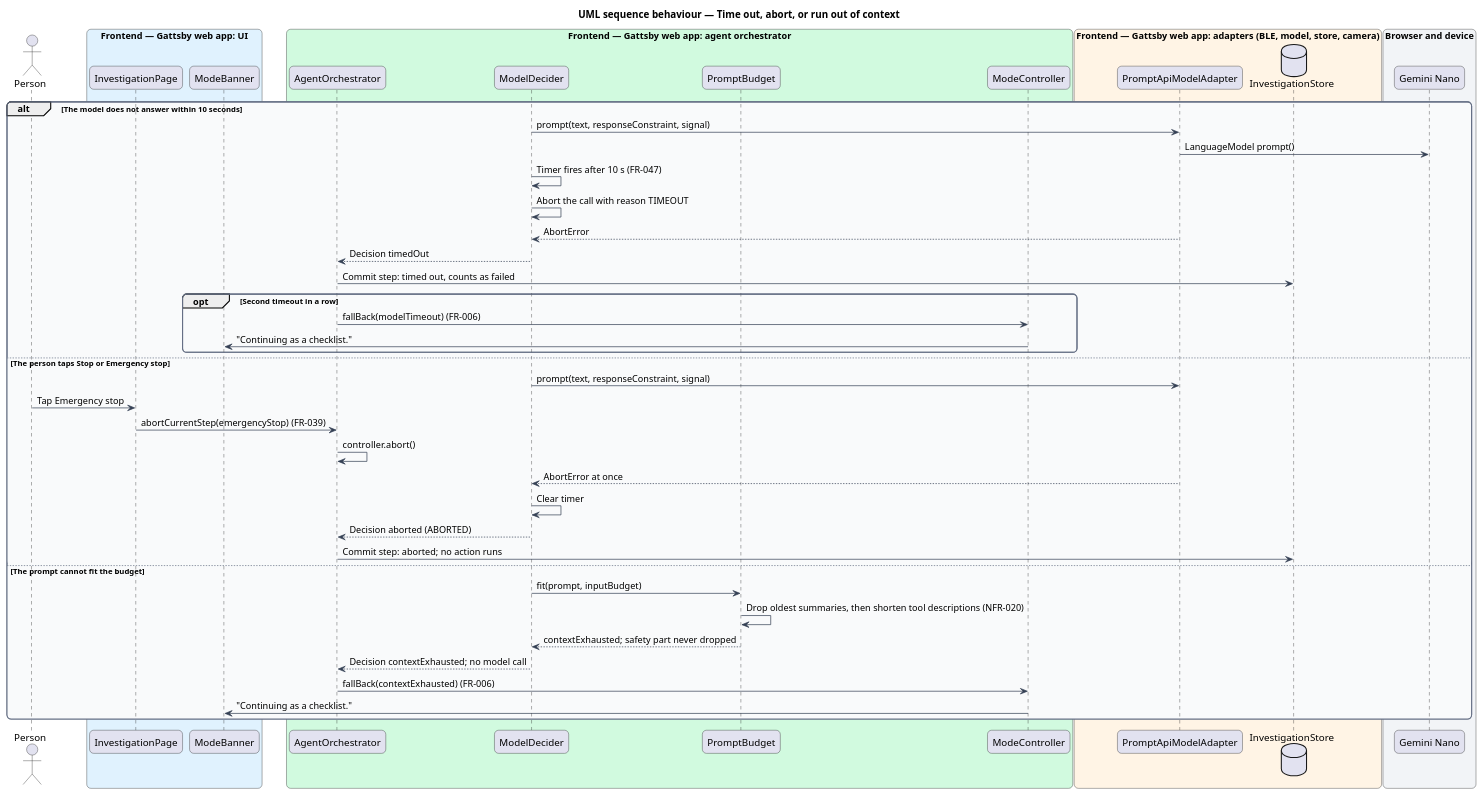
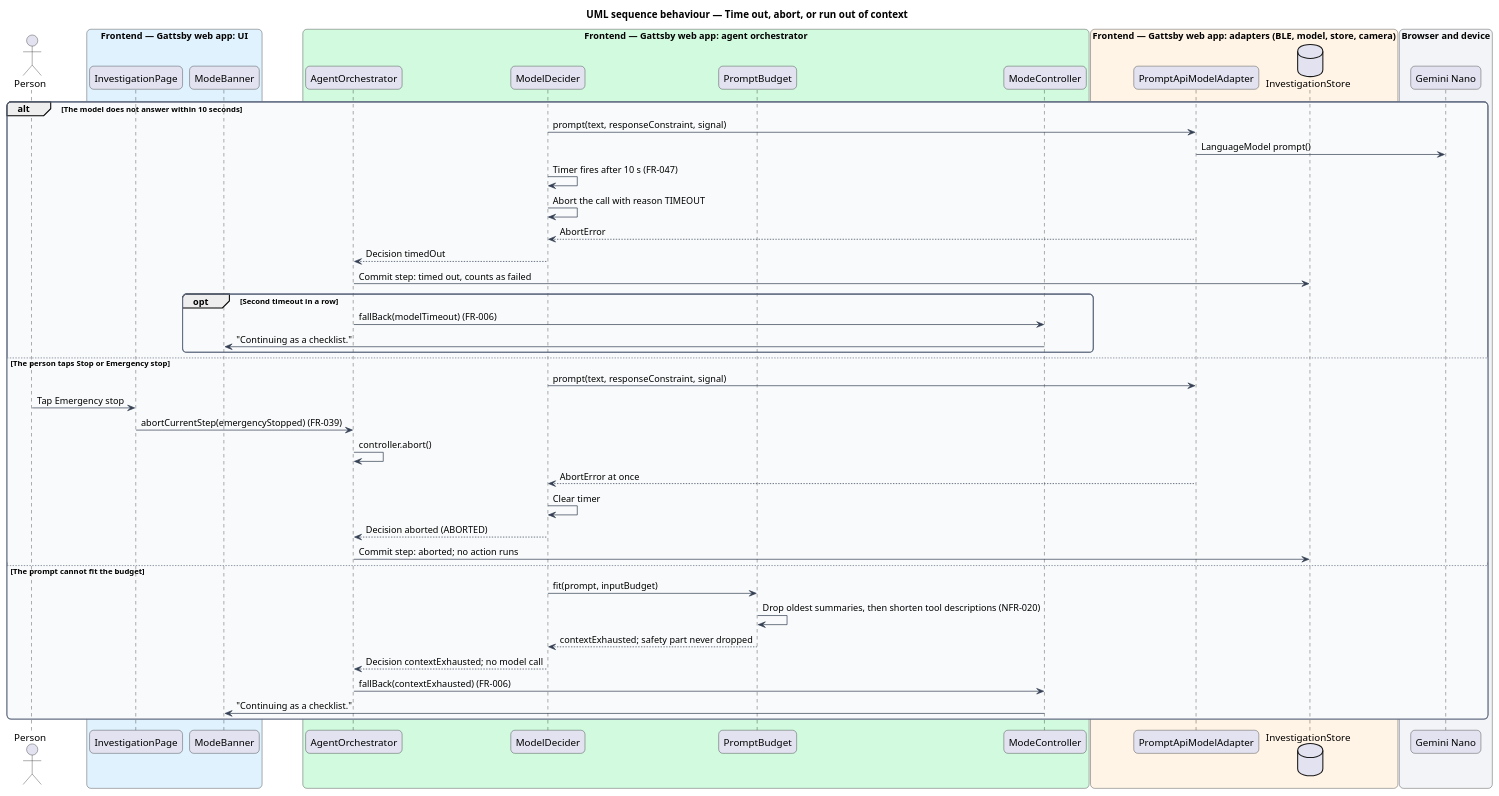
The diagram in docs/detailed-designs/agent/decide-the-next-action/diagrams/sequence-time-out-or-abort.puml (QuinntyneBrown/gattsby), drawn with PlantUML before and after one commit. The commit also changed 24 other files, not shown here.

```diff
--- a/docs/detailed-designs/agent/decide-the-next-action/diagrams/sequence-time-out-or-abort.puml
+++ b/docs/detailed-designs/agent/decide-the-next-action/diagrams/sequence-time-out-or-abort.puml
@@ -1,65 +1,65 @@
 @startuml
 title UML sequence behaviour — Time out, abort, or run out of context
 skinparam backgroundColor #FFFFFF
 skinparam shadowing false
 skinparam roundcorner 12
 skinparam defaultFontName Arial
 skinparam ArrowColor #344054
 skinparam rectangle {
   BorderColor #344054
   FontColor #101828
 }
 skinparam package {
   BorderColor #667085
   FontColor #101828
   BackgroundColor #F9FAFB
 }
 actor "Person" as person
 box "Frontend — Gattsby web app: UI" #E0F2FE
   participant "InvestigationPage" as page
   participant "ModeBanner" as banner
 end box
 box "Frontend — Gattsby web app: agent orchestrator" #D1FADF
   participant "AgentOrchestrator" as orch
   participant "ModelDecider" as decider
   participant "PromptBudget" as budget
   participant "ModeController" as mode
 end box
 box "Frontend — Gattsby web app: adapters (BLE, model, store, camera)" #FFF4E5
   participant "PromptApiModelAdapter" as model
   database "InvestigationStore" as store
 end box
 box "Browser and device" #F2F4F7
   participant "Gemini Nano" as nano
 end box
 
 alt The model does not answer within 10 seconds
   decider -> model : prompt(text, responseConstraint, signal)
   model -> nano : LanguageModel prompt()
   decider -> decider : Timer fires after 10 s (FR-047)
   decider -> decider : Abort the call with reason TIMEOUT
   model --> decider : AbortError
   decider --> orch : Decision timedOut
   orch -> store : Commit step: timed out, counts as failed
   opt Second timeout in a row
     orch -> mode : fallBack(modelTimeout) (FR-006)
     mode -> banner : "Continuing as a checklist."
   end
 else The person taps Stop or Emergency stop
   decider -> model : prompt(text, responseConstraint, signal)
   person -> page : Tap Emergency stop
-  page -> orch : abortCurrentStep(emergencyStop) (FR-039)
+  page -> orch : abortCurrentStep(emergencyStopped) (FR-039)
   orch -> orch : controller.abort()
   model --> decider : AbortError at once
   decider -> decider : Clear timer
   decider --> orch : Decision aborted (ABORTED)
   orch -> store : Commit step: aborted; no action runs
 else The prompt cannot fit the budget
   decider -> budget : fit(prompt, inputBudget)
   budget -> budget : Drop oldest summaries, then shorten tool descriptions (NFR-020)
   budget --> decider : contextExhausted; safety part never dropped
   decider --> orch : Decision contextExhausted; no model call
   orch -> mode : fallBack(contextExhausted) (FR-006)
   mode -> banner : "Continuing as a checklist."
 end
 @enduml
```
